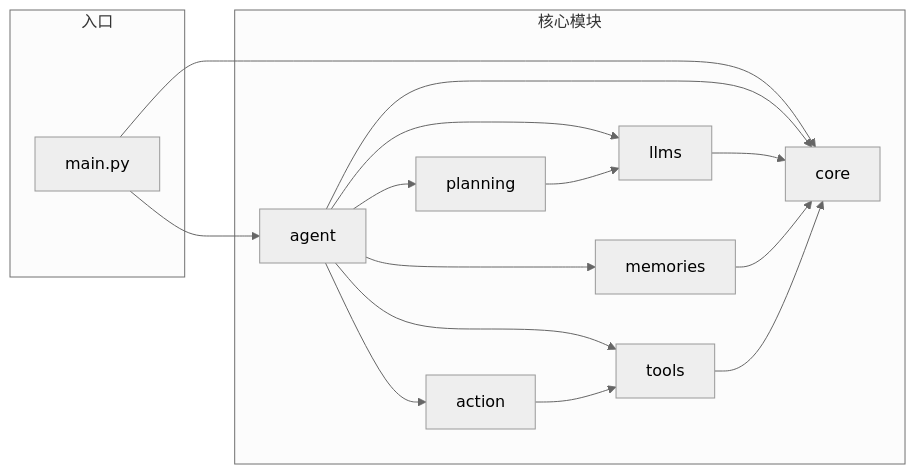
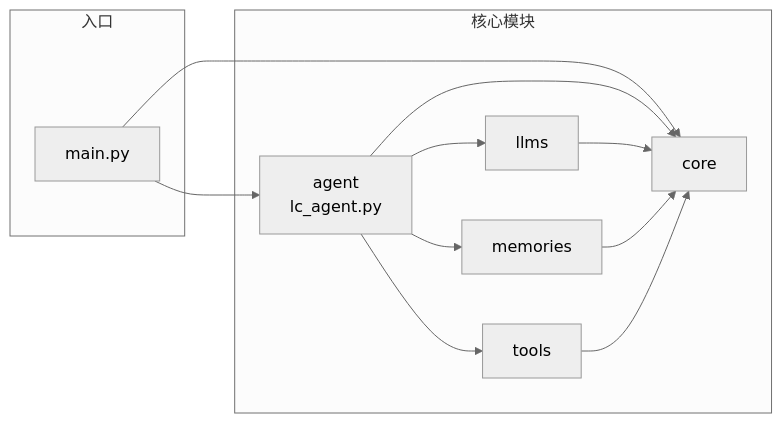
Before and after one commit to chain-engine/x-langchain: the third of 3 diagrams in README.md, drawn with Mermaid (neutral theme). The commit also changed other lines of this file, not shown here.

````diff
--- a/README.md
+++ b/README.md
@@ -267,30 +267,24 @@
 ```mermaid
 graph LR
     subgraph 入口
         M[main.py]
     end
 
     subgraph 核心模块
-        AG[agent]
+        AG[agent<br/>lc_agent.py]
         LL[llms]
         MM[memories]
-        PP[planning]
-        AA[action]
         TT[tools]
         CC[core]
     end
 
     M --> AG
     M --> CC
     AG --> LL
     AG --> MM
-    AG --> PP
-    AG --> AA
     AG --> TT
     AG --> CC
     LL --> CC
     MM --> CC
-    PP --> LL
-    AA --> TT
     TT --> CC
 ```
````
